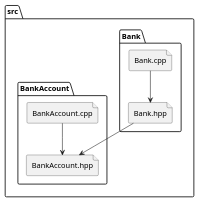
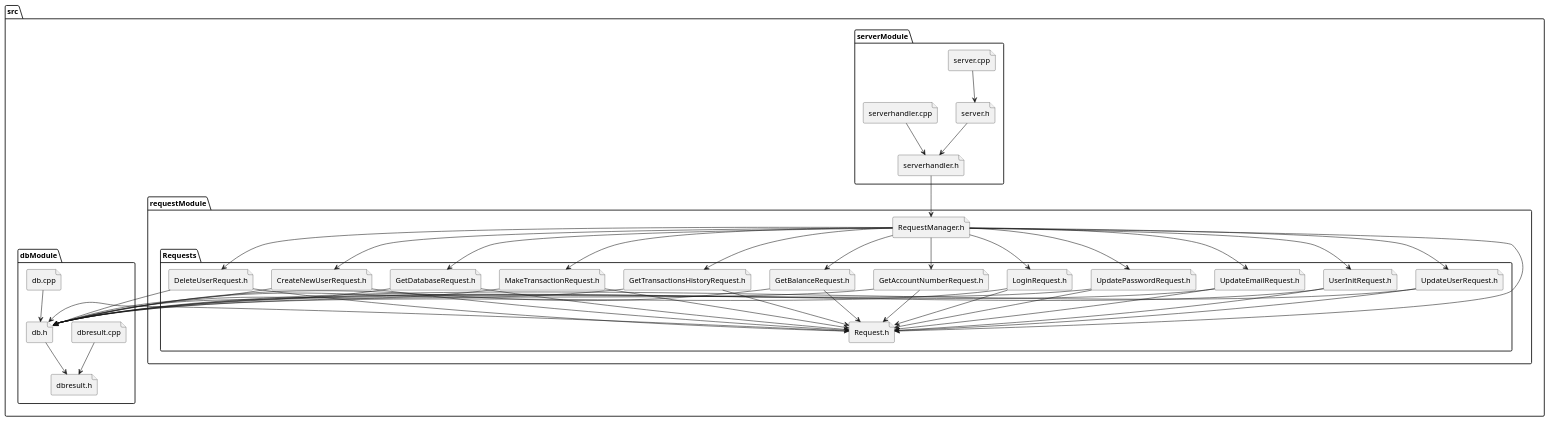
Before and after one commit to 7osssam/QT-Banking-System-Server: the diagram in docs/diagrams/include_diagram.puml, drawn with PlantUML. The commit also changed 14 other files, not shown here.

```diff
--- a/docs/diagrams/include_diagram.puml
+++ b/docs/diagrams/include_diagram.puml
@@ -1,18 +1,82 @@
 @startuml
 folder "src" as C_0009392701334512935369 {
-folder "Bank" as C_0002394840416120061501 {
-file "Bank.cpp" as C_0000529258628623449314
-file "Bank.hpp" as C_0004959706648474708623
+folder "serverModule" as C_0000376844742298738572 {
+file "server.h" as C_0004930444100045331493
+file "serverhandler.h" as C_0014776125144863485891
+file "server.cpp" as C_0014526408463163538724
+file "serverhandler.cpp" as C_0002802959985742540062
 }
-folder "BankAccount" as C_0001617240256891923844 {
-file "BankAccount.hpp" as C_0001999126956856393903
-file "BankAccount.cpp" as C_0016260587715478220546
+folder "requestModule" as C_0007249139127462911352 {
+file "RequestManager.h" as C_0004662975987075955962
+folder "Requests" as C_0001482322031337363986 {
+file "Request.h" as C_0000683983954371703321
+file "LoginRequest.h" as C_0009705104522813573766
+file "GetAccountNumberRequest.h" as C_0002027120791438508115
+file "GetBalanceRequest.h" as C_0010044431027817489945
+file "GetTransactionsHistoryRequest.h" as C_0006672437125610379356
+file "MakeTransactionRequest.h" as C_0008063967914262038647
+file "GetDatabaseRequest.h" as C_0009014951225837961074
+file "CreateNewUserRequest.h" as C_0012389142519446737106
+file "DeleteUserRequest.h" as C_0017998885070914382401
+file "UpdateUserRequest.h" as C_0011687987665606014223
+file "UserInitRequest.h" as C_0011066283835893554674
+file "UpdateEmailRequest.h" as C_0000415219272604096448
+file "UpdatePasswordRequest.h" as C_0015919083400246773521
 }
 }
-C_0000529258628623449314 --> C_0004959706648474708623
-C_0004959706648474708623 --> C_0001999126956856393903
-C_0016260587715478220546 --> C_0001999126956856393903
+folder "dbModule" as C_0006877198409089665649 {
+file "db.h" as C_0005021643397729925023
+file "dbresult.h" as C_0012871275894220828006
+file "dbresult.cpp" as C_0016013798473120276547
+file "db.cpp" as C_0010016149012892003898
+}
+}
+C_0004930444100045331493 --> C_0014776125144863485891
+C_0014776125144863485891 --> C_0004662975987075955962
+C_0014526408463163538724 --> C_0004930444100045331493
+C_0002802959985742540062 --> C_0014776125144863485891
+C_0004662975987075955962 --> C_0000683983954371703321
+C_0004662975987075955962 --> C_0009705104522813573766
+C_0004662975987075955962 --> C_0002027120791438508115
+C_0004662975987075955962 --> C_0010044431027817489945
+C_0004662975987075955962 --> C_0006672437125610379356
+C_0004662975987075955962 --> C_0008063967914262038647
+C_0004662975987075955962 --> C_0009014951225837961074
+C_0004662975987075955962 --> C_0012389142519446737106
+C_0004662975987075955962 --> C_0017998885070914382401
+C_0004662975987075955962 --> C_0011687987665606014223
+C_0004662975987075955962 --> C_0011066283835893554674
+C_0004662975987075955962 --> C_0000415219272604096448
+C_0004662975987075955962 --> C_0015919083400246773521
+C_0000683983954371703321 --> C_0005021643397729925023
+C_0009705104522813573766 --> C_0000683983954371703321
+C_0009705104522813573766 --> C_0005021643397729925023
+C_0002027120791438508115 --> C_0000683983954371703321
+C_0002027120791438508115 --> C_0005021643397729925023
+C_0010044431027817489945 --> C_0000683983954371703321
+C_0010044431027817489945 --> C_0005021643397729925023
+C_0006672437125610379356 --> C_0000683983954371703321
+C_0006672437125610379356 --> C_0005021643397729925023
+C_0008063967914262038647 --> C_0000683983954371703321
+C_0008063967914262038647 --> C_0005021643397729925023
+C_0009014951225837961074 --> C_0000683983954371703321
+C_0009014951225837961074 --> C_0005021643397729925023
+C_0012389142519446737106 --> C_0000683983954371703321
+C_0012389142519446737106 --> C_0005021643397729925023
+C_0017998885070914382401 --> C_0000683983954371703321
+C_0017998885070914382401 --> C_0005021643397729925023
+C_0011687987665606014223 --> C_0000683983954371703321
+C_0011687987665606014223 --> C_0005021643397729925023
+C_0011066283835893554674 --> C_0000683983954371703321
+C_0011066283835893554674 --> C_0005021643397729925023
+C_0000415219272604096448 --> C_0000683983954371703321
+C_0000415219272604096448 --> C_0005021643397729925023
+C_0015919083400246773521 --> C_0000683983954371703321
+C_0015919083400246773521 --> C_0005021643397729925023
+C_0005021643397729925023 --> C_0012871275894220828006
+C_0016013798473120276547 --> C_0012871275894220828006
+C_0010016149012892003898 --> C_0005021643397729925023
 
 'Generated with clang-uml, version 0.5.3
 'LLVM version clang version 18.1.1 (https://github.com/llvm/llvm-project.git dba2a75e9c7ef81fe84774ba5eee5e67e01d801a)
 @enduml
```
